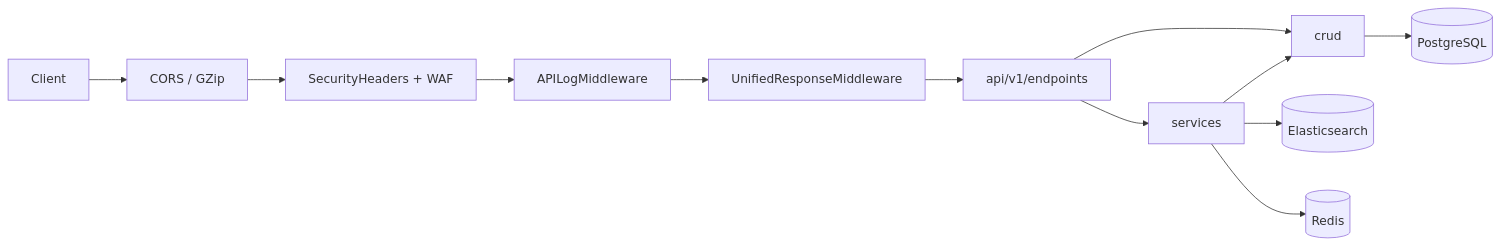
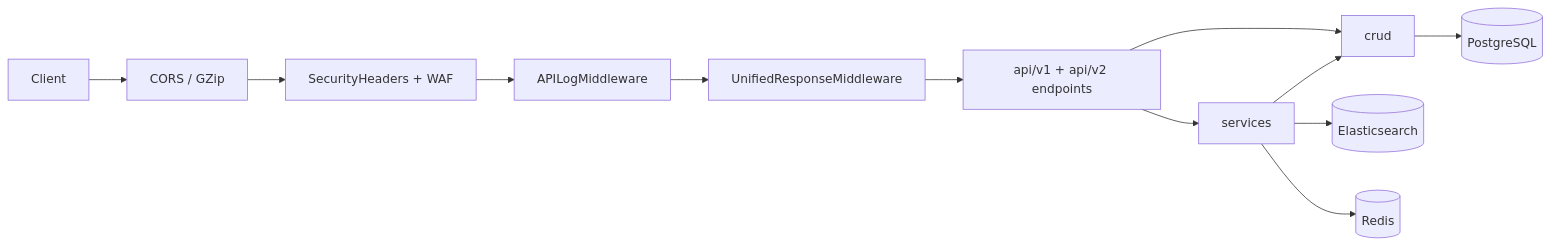
Before and after one commit to bo-ouyang/job: the third of 5 diagrams in docs/PROJECT_ARCHITECTURE.md, drawn with Mermaid. The commit also changed other lines of this file and 66 other files, not shown here.

````diff
--- a/docs/PROJECT_ARCHITECTURE.md
+++ b/docs/PROJECT_ARCHITECTURE.md
@@ -108,14 +113,14 @@
 ```mermaid
 flowchart LR
     Client --> CORS["CORS / GZip"]
     CORS --> Security["SecurityHeaders + WAF"]
     Security --> Log["APILogMiddleware"]
     Log --> Unified["UnifiedResponseMiddleware"]
-    Unified --> Endpoint["api/v1/endpoints"]
+    Unified --> Endpoint["api/v1 + api/v2 endpoints"]
     Endpoint --> Service["services"]
     Endpoint --> CRUD["crud"]
     Service --> CRUD
     CRUD --> PG[(PostgreSQL)]
     Service --> ES[(Elasticsearch)]
     Service --> Redis[(Redis)]
 ```
````
